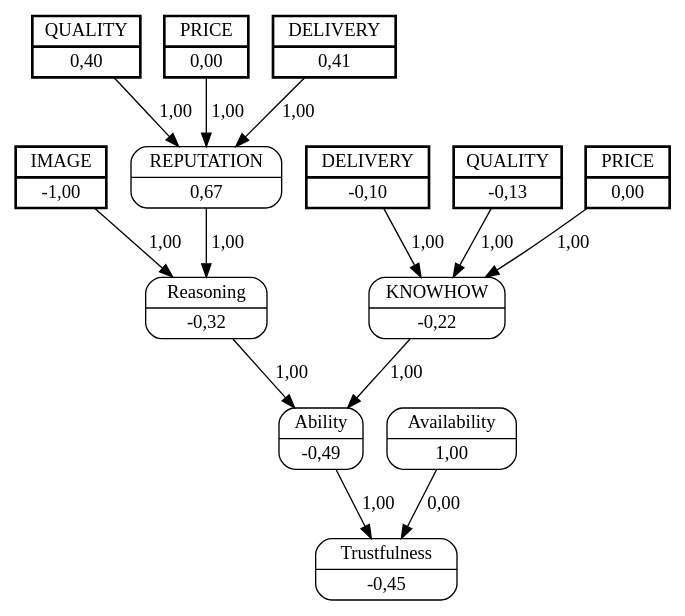
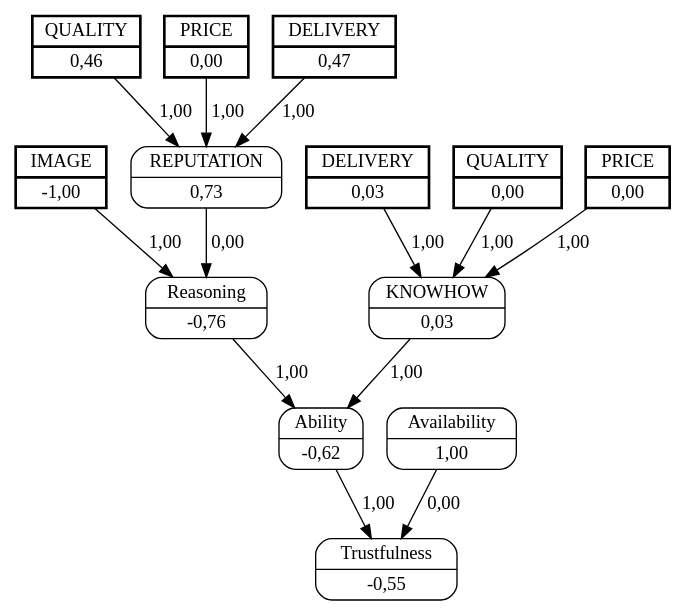
One commit to jjbaqueta/unload_experiment changed the diagram in unload_boxes/dots/buyerA1sellerC8.dot. Above: the diagram before and after it, drawn with Graphviz. The commit also changed 156 other files, not shown here.

```diff
--- a/unload_boxes/dots/buyerA1sellerC8.dot
+++ b/unload_boxes/dots/buyerA1sellerC8.dot
@@ -1,31 +1,31 @@
 digraph FCM_net{
 	node [shape=record, style=rounded]
 	0 [label="{IMAGE | -1,00}", style=bold, penwidth=2, peripheries=2];
-	7 [label="{QUALITY | 0,40}", style=bold, penwidth=2, peripheries=2];
+	7 [label="{QUALITY | 0,46}", style=bold, penwidth=2, peripheries=2];
 	8 [label="{PRICE | 0,00}", style=bold, penwidth=2, peripheries=2];
-	9 [label="{DELIVERY | 0,41}", style=bold, penwidth=2, peripheries=2];
-	10 [label="{QUALITY | -0,13}", style=bold, penwidth=2, peripheries=2];
+	9 [label="{DELIVERY | 0,47}", style=bold, penwidth=2, peripheries=2];
+	10 [label="{QUALITY | 0,00}", style=bold, penwidth=2, peripheries=2];
 	11 [label="{PRICE | 0,00}", style=bold, penwidth=2, peripheries=2];
-	12 [label="{DELIVERY | -0,10}", style=bold, penwidth=2, peripheries=2];
+	12 [label="{DELIVERY | 0,03}", style=bold, penwidth=2, peripheries=2];
 	0 [label="{IMAGE | -1,00}"];
-	1 [label="{REPUTATION | 0,67}"];
-	2 [label="{KNOWHOW | -0,22}"];
-	3 [label="{Reasoning | -0,32}"];
-	4 [label="{Ability | -0,49}"];
+	1 [label="{REPUTATION | 0,73}"];
+	2 [label="{KNOWHOW | 0,03}"];
+	3 [label="{Reasoning | -0,76}"];
+	4 [label="{Ability | -0,62}"];
 	5 [label="{Availability | 1,00}"];
-	6 [label="{Trustfulness | -0,45}"];
+	6 [label="{Trustfulness | -0,55}"];
 	8 [label="{PRICE | 0,00}"];
-	10 [label="{QUALITY | -0,13}"];
+	10 [label="{QUALITY | 0,00}"];
 	0 -> 3 [label = "1,00"];
-	1 -> 3 [label = "1,00"];
+	1 -> 3 [label = "0,00"];
 	3 -> 4 [label = "1,00"];
 	2 -> 4 [label = "1,00"];
 	4 -> 6 [label = "1,00"];
 	5 -> 6 [label = "0,00"];
 	7 -> 1 [label = "1,00"];
 	8 -> 1 [label = "1,00"];
 	9 -> 1 [label = "1,00"];
 	10 -> 2 [label = "1,00"];
 	11 -> 2 [label = "1,00"];
 	12 -> 2 [label = "1,00"];
 }
```
